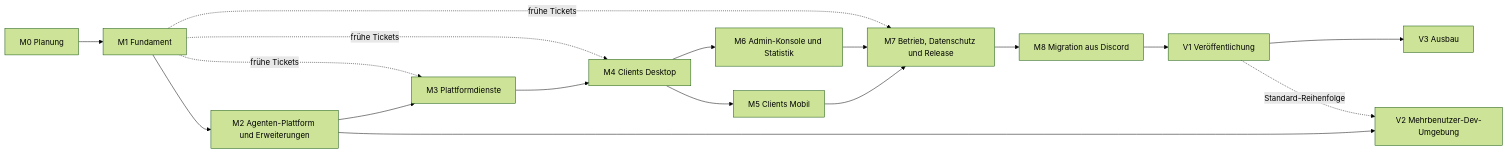
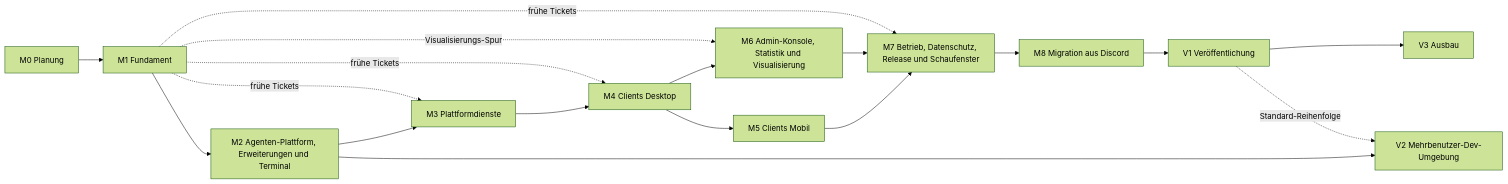
The diagram in docs/PLAN.md (mguttmann/bothy), drawn with Mermaid (forest theme) before and after one commit. The commit also changed other lines of this file and 19 other files, not shown here.

First line of the commit message:
docs(plan): Kommandozentrale, Terminal- und Visualisierungs-Tickets, Schaufenster

````diff
--- a/docs/PLAN.md
+++ b/docs/PLAN.md
@@ -71,19 +82,20 @@
 ```mermaid
 flowchart LR
   M0["M0 Planung"] --> M1["M1 Fundament"]
-  M1 --> M2["M2 Agenten-Plattform und Erweiterungen"]
+  M1 --> M2["M2 Agenten-Plattform, Erweiterungen und Terminal"]
   M2 --> M3["M3 Plattformdienste"]
   M3 --> M4["M4 Clients Desktop"]
   M4 --> M5["M5 Clients Mobil"]
-  M4 --> M6["M6 Admin-Konsole und Statistik"]
-  M5 --> M7["M7 Betrieb, Datenschutz und Release"]
+  M4 --> M6["M6 Admin-Konsole, Statistik und Visualisierung"]
+  M5 --> M7["M7 Betrieb, Datenschutz, Release und Schaufenster"]
   M6 --> M7
   M7 --> M8["M8 Migration aus Discord"]
   M8 --> V1["V1 Veröffentlichung"]
   V1 --> V3["V3 Ausbau"]
   M2 --> V2["V2 Mehrbenutzer-Dev-Umgebung"]
   V1 -. "Standard-Reihenfolge" .-> V2
   M1 -. "frühe Tickets" .-> M3
   M1 -. "frühe Tickets" .-> M4
   M1 -. "frühe Tickets" .-> M7
+  M1 -. "Visualisierungs-Spur" .-> M6
 ```
````
